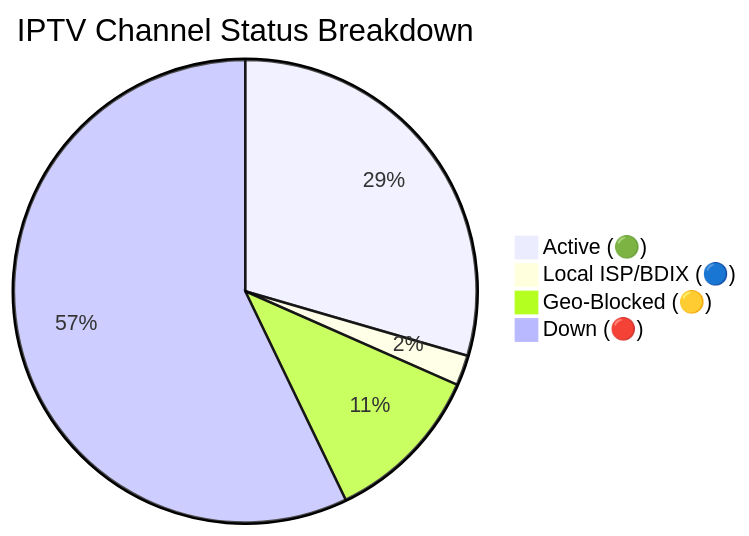
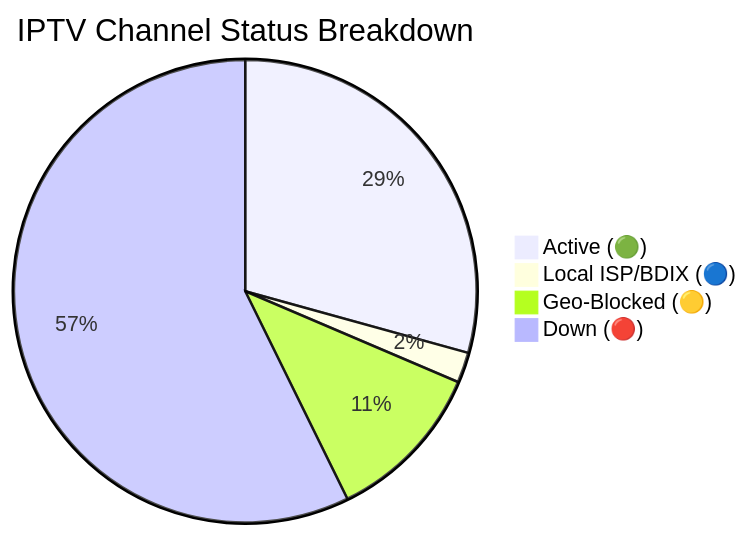
Before and after one commit to andreataylord/Ip-tv-Collection: the diagram in README.md, drawn with Mermaid. The commit also changed other lines of this file and 1 other file, not shown here.

Commit message:
docs(readme): auto-update daily channel status chart

````diff
--- a/README.md
+++ b/README.md
@@ -59,7 +59,7 @@
 ```mermaid
 pie title IPTV Channel Status Breakdown
-    "Active (🟢)" : 1777
+    "Active (🟢)" : 1765
     "Local ISP/BDIX (🔵)" : 128
-    "Geo-Blocked (🟡)" : 677
-    "Down (🔴)" : 3443
+    "Geo-Blocked (🟡)" : 681
+    "Down (🔴)" : 3451
 ```
````
